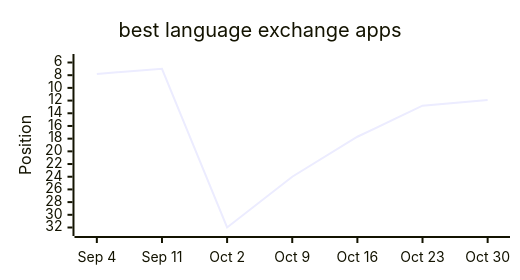
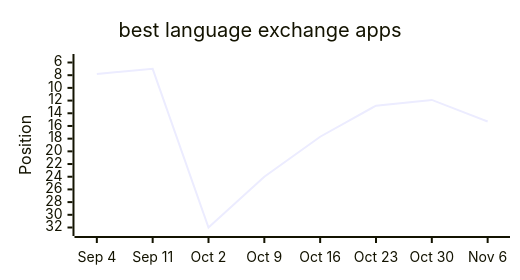
One commit to langx/website changed the eighth of 13 diagrams in latest.md. Above: the diagram before and after it, drawn with Mermaid. The commit also changed other lines of this file and 2 other files, not shown here.

````diff
--- a/latest.md
+++ b/latest.md
@@ -122,13 +122,13 @@
 ```mermaid
 ---
 config:
   xyChart:
     width: 500
     height: 260
 ---
 xychart-beta
   title "best language exchange apps"
-  x-axis ["Sep 4", "Sep 11", "Oct 2", "Oct 9", "Oct 16", "Oct 23", "Oct 30"]
+  x-axis ["Sep 4", "Sep 11", "Oct 2", "Oct 9", "Oct 16", "Oct 23", "Oct 30", "Nov 6"]
   y-axis "Position" 32 --> 6
-  line [7.8, 7, 32, 24, 17.7, 12.8, 11.9]
+  line [7.8, 7, 32, 24, 17.7, 12.8, 11.9, 15.3]
 ```
````
